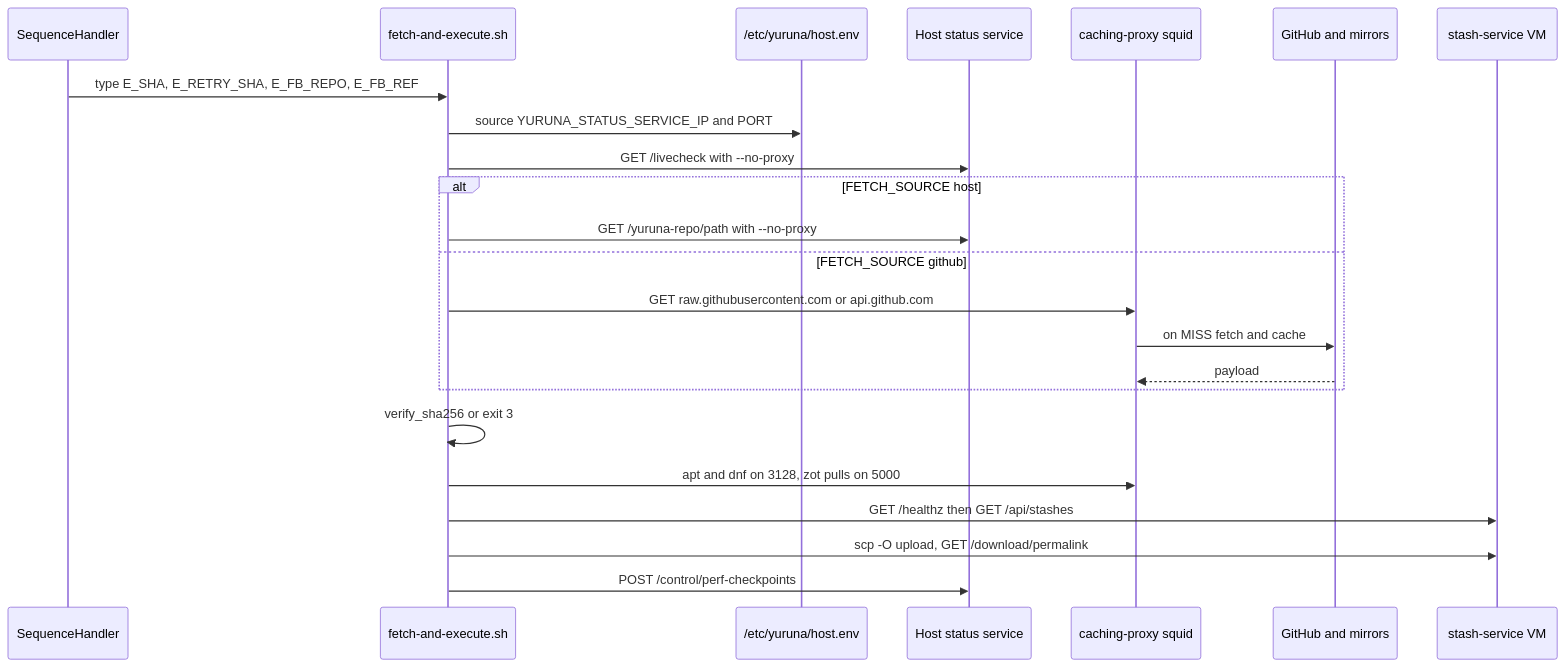
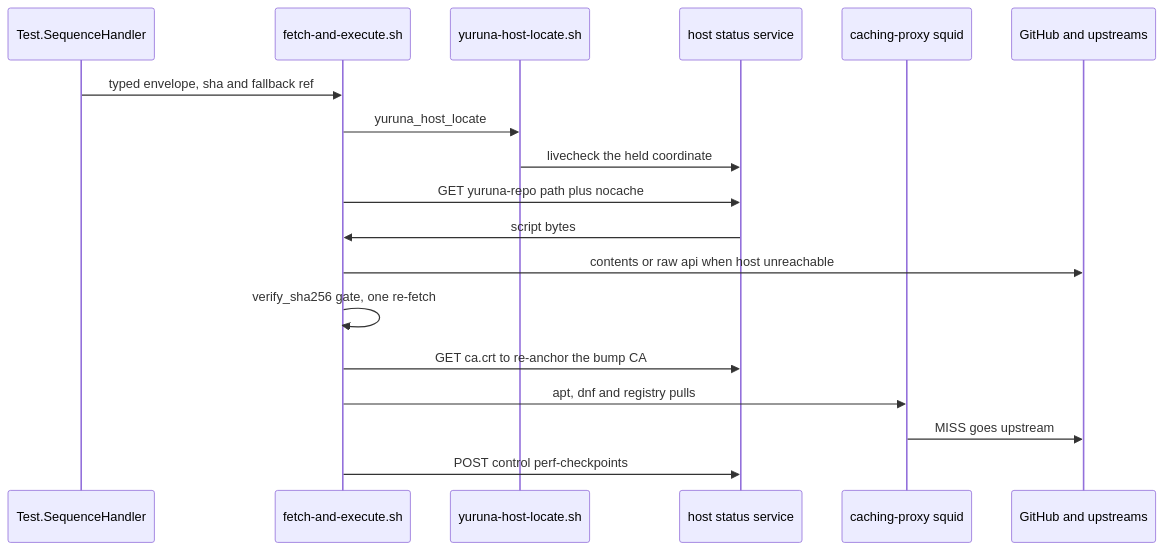
Before and after one commit to alissonsol/yuruna: the third of 6 diagrams in docs/design/03-data-flows.md, drawn with Mermaid. The commit also changed other lines of this file and 635 other files, not shown here.

````diff
--- a/docs/design/03-data-flows.md
+++ b/docs/design/03-data-flows.md
@@ -220,26 +243,20 @@
 ```mermaid
 sequenceDiagram
-    participant Harness as SequenceHandler
-    participant Guest as fetch-and-execute.sh
-    participant HostEnv as /etc/yuruna/host.env
-    participant StatusSrv as Host status service
-    participant Proxy as caching-proxy squid
-    participant Upstream as GitHub and mirrors
-    participant Stash as stash-service VM
-
-    Harness->>Guest: type E_SHA, E_RETRY_SHA, E_FB_REPO, E_FB_REF
-    Guest->>HostEnv: source YURUNA_STATUS_SERVICE_IP and PORT
-    Guest->>StatusSrv: GET /livecheck with --no-proxy
-    alt FETCH_SOURCE host
-        Guest->>StatusSrv: GET /yuruna-repo/path with --no-proxy
-    else FETCH_SOURCE github
-        Guest->>Proxy: GET raw.githubusercontent.com or api.github.com
-        Proxy->>Upstream: on MISS fetch and cache
-        Upstream-->>Proxy: payload
-    end
-    Guest->>Guest: verify_sha256 or exit 3
-    Guest->>Proxy: apt and dnf on 3128, zot pulls on 5000
-    Guest->>Stash: GET /healthz then GET /api/stashes
-    Guest->>Stash: scp -O upload, GET /download/permalink
-    Guest->>StatusSrv: POST /control/perf-checkpoints
+    participant harness as Test.SequenceHandler
+    participant fae as fetch-and-execute.sh
+    participant locate as yuruna-host-locate.sh
+    participant statussvc as host status service
+    participant squid as caching-proxy squid
+    participant origin as GitHub and upstreams
+    harness->>fae: typed envelope, sha and fallback ref
+    fae->>locate: yuruna_host_locate
+    locate->>statussvc: livecheck the held coordinate
+    fae->>statussvc: GET yuruna-repo path plus nocache
+    statussvc->>fae: script bytes
+    fae->>origin: contents or raw api when host unreachable
+    fae->>fae: verify_sha256 gate, one re-fetch
+    fae->>statussvc: GET ca.crt to re-anchor the bump CA
+    fae->>squid: apt, dnf and registry pulls
+    squid->>origin: MISS goes upstream
+    fae->>statussvc: POST control perf-checkpoints
 ```
````
